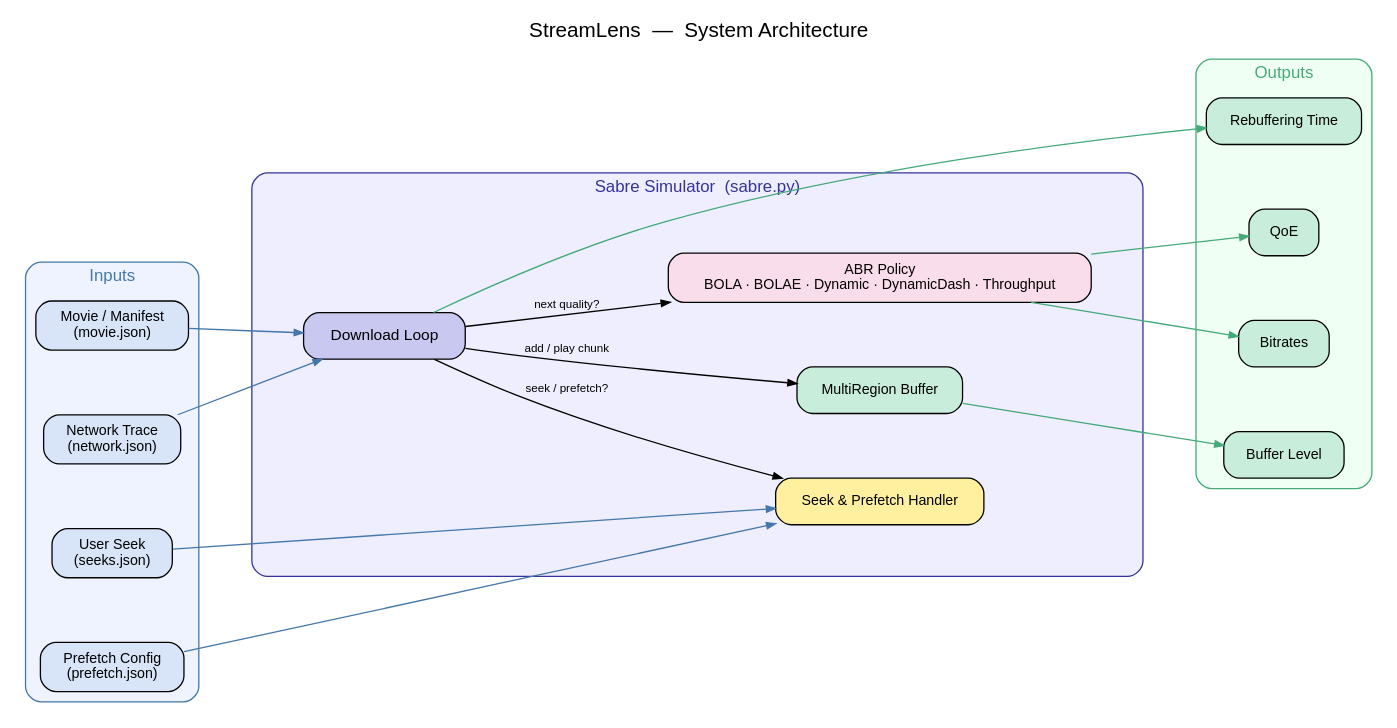
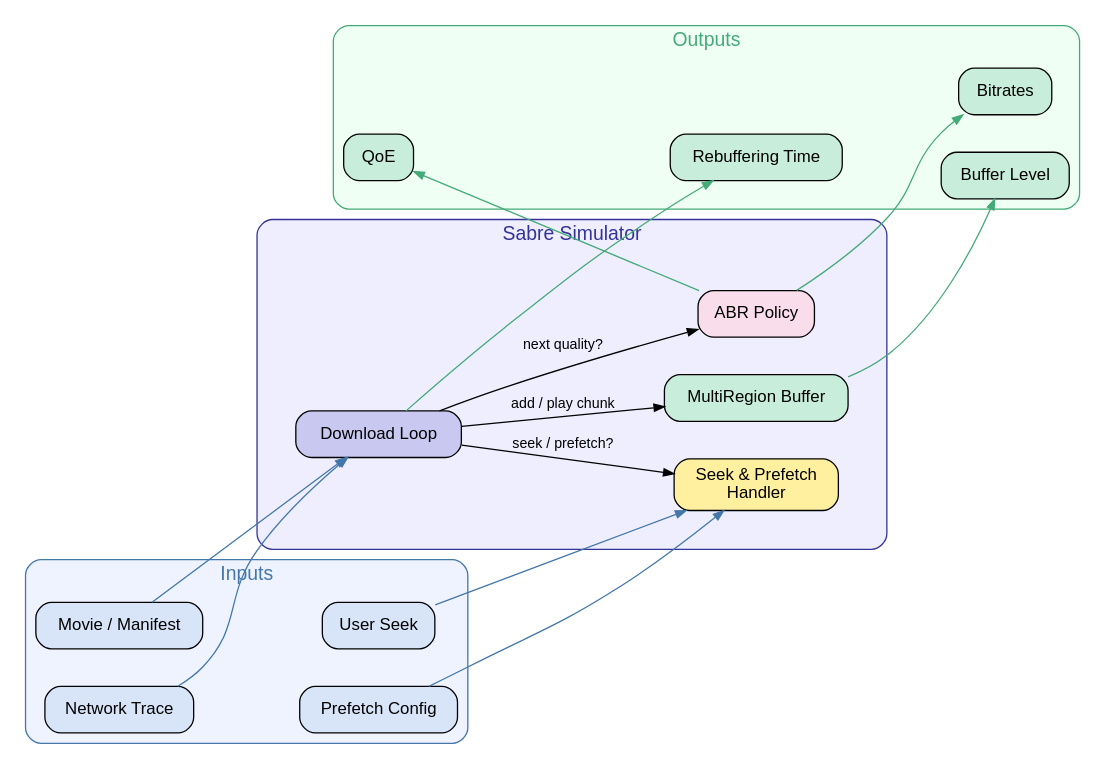
One commit to Slothbetty/sabre changed the diagram in src/architecture_diagram.gv. Above: the diagram before and after it, drawn with Graphviz. The commit also changed 146 other files, not shown here.

```diff
--- a/src/architecture_diagram.gv
+++ b/src/architecture_diagram.gv
@@ -1,91 +1,92 @@
 digraph SABRE_Architecture {
   graph [
     rankdir=LR,
-    nodesep=0.7,
-    ranksep=1.1,
+    newrank=true,
+    nodesep=0.4,
+    ranksep=0.9,
     fontname="Helvetica",
-    label="StreamLens  —  System Architecture",
-    labelloc=t,
-    fontsize=16,
     splines=true
   ];
 
   node [
     shape=box,
     style="rounded,filled",
     fontname="Helvetica",
-    fontsize=11,
-    margin="0.18,0.10",
+    fontsize=13,
+    margin="0.14,0.08",
     fillcolor="#FFFFFF"
   ];
 
   edge [
     fontname="Helvetica",
-    fontsize=9,
-    arrowsize=0.7
+    fontsize=11,
+    arrowsize=0.8
   ];
 
   // ── Inputs ─────────────────────────────────────────────────────────────────
   subgraph cluster_inputs {
     label="Inputs";
     style="rounded,filled";
     color="#4477AA";
     fontcolor="#4477AA";
-    fontsize=13;
+    fontsize=15;
     fillcolor="#EEF3FF";
 
-    seek     [label="User Seek\n(seeks.json)",          fillcolor="#D8E5F8"];
-    prefetch [label="Prefetch Config\n(prefetch.json)", fillcolor="#D8E5F8"];
-    movie    [label="Movie / Manifest\n(movie.json)",   fillcolor="#D8E5F8"];
-    network  [label="Network Trace\n(network.json)",    fillcolor="#D8E5F8"];
+    seek     [label="User Seek",       fillcolor="#D8E5F8"];
+    prefetch [label="Prefetch Config", fillcolor="#D8E5F8"];
+    movie    [label="Movie / Manifest",fillcolor="#D8E5F8"];
+    network  [label="Network Trace",   fillcolor="#D8E5F8"];
   }
 
   // ── Sabre Simulator ────────────────────────────────────────────────────────
   subgraph cluster_sabre {
-    label="Sabre Simulator  (sabre.py)";
+    label="Sabre Simulator";
     style="rounded,filled";
     color="#333399";
     fontcolor="#333399";
-    fontsize=13;
+    fontsize=15;
     fillcolor="#EEEEFF";
-    margin="40,20";
+    margin="30,15";
 
-    dl   [label="Download Loop",                              fillcolor="#C8C8F0", fontsize=12, margin="0.22,0.12"];
-    abr  [label="ABR Policy\nBOLA · BOLAE · Dynamic · DynamicDash · Throughput",   fillcolor="#FADDEA"];
-    buf  [label="MultiRegion Buffer",                         fillcolor="#C8EDDA"];
-    pf   [label="Seek & Prefetch Handler",                    fillcolor="#FFF0A0"];
+    dl   [label="Download Loop",        fillcolor="#C8C8F0", fontsize=13, margin="0.18,0.10"];
+    abr  [label="ABR Policy",           fillcolor="#FADDEA"];
+    buf  [label="MultiRegion Buffer",   fillcolor="#C8EDDA"];
+    pf   [label="Seek & Prefetch\nHandler", fillcolor="#FFF0A0"];
 
     { rank=same; abr; buf; pf; }
 
     dl -> abr [label="next quality?"];
     dl -> buf [label="add / play chunk"];
     dl -> pf  [label="seek / prefetch?"];
   }
 
   // ── Outputs ────────────────────────────────────────────────────────────────
   subgraph cluster_outputs {
     label="Outputs";
     style="rounded,filled";
     color="#44AA77";
     fontcolor="#44AA77";
-    fontsize=13;
+    fontsize=15;
     fillcolor="#F0FFF4";
 
     qoe     [label="QoE",              fillcolor="#C8EDDA"];
     rebuf   [label="Rebuffering Time", fillcolor="#C8EDDA"];
     bitrate [label="Bitrates",         fillcolor="#C8EDDA"];
     buflvl  [label="Buffer Level",     fillcolor="#C8EDDA"];
   }
+
+  // Force vertical centering across clusters
+  { rank=same; seek; dl; qoe; }
 
   // ── Inputs → Simulator ─────────────────────────────────────────────────────
   seek     -> pf  [color="#4477AA"];
   prefetch -> pf  [color="#4477AA"];
   movie    -> dl  [color="#4477AA"];
   network  -> dl  [color="#4477AA"];
 
   // ── Simulator → Outputs ────────────────────────────────────────────────────
   abr -> qoe     [color="#44AA77"];
   abr -> bitrate [color="#44AA77"];
   buf -> buflvl  [color="#44AA77"];
   dl  -> rebuf   [color="#44AA77"];
 }
```
